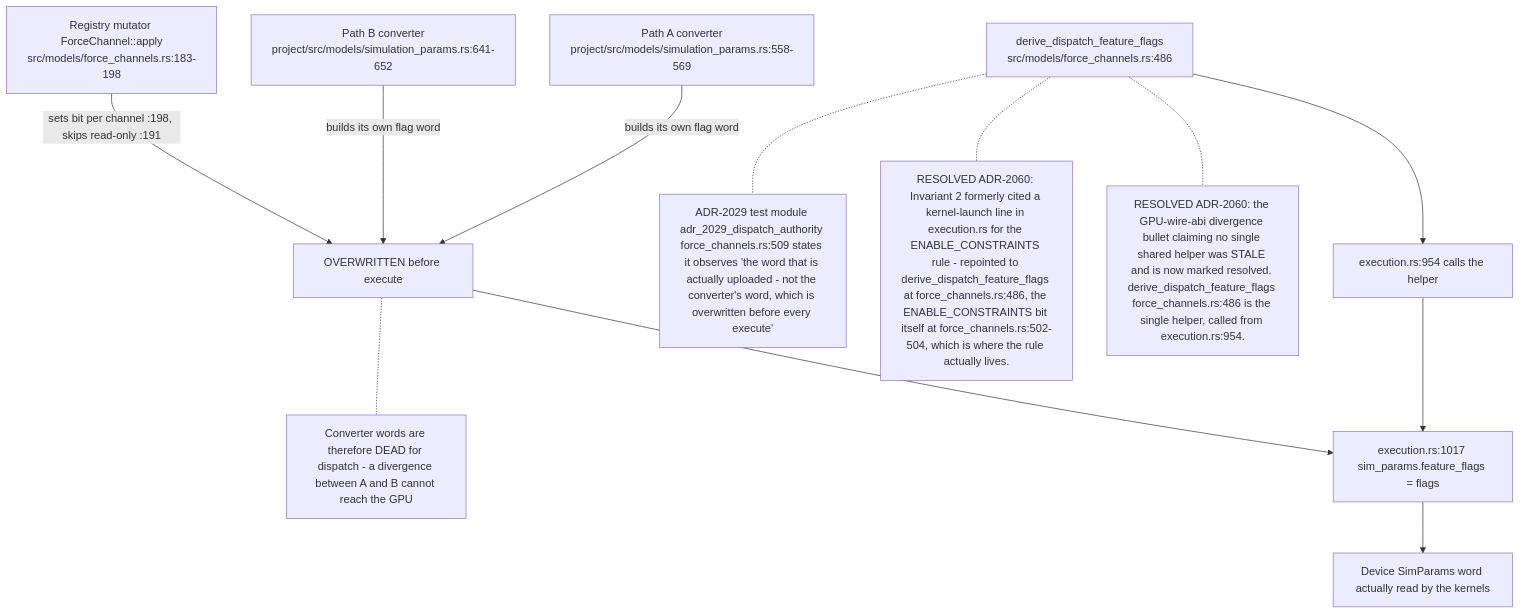
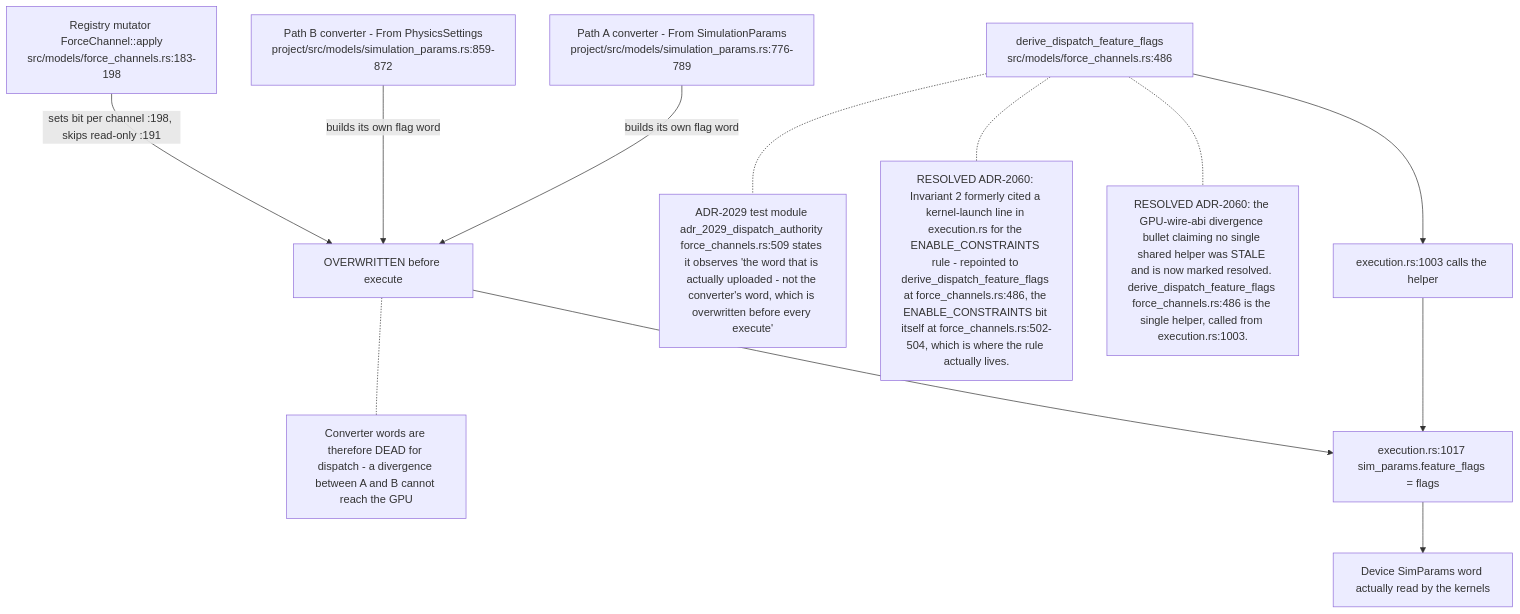
One commit to DreamLab-AI/VisionFlow changed the third of 8 diagrams in docs/diagrams/visionclaw/11-physics-step-and-force-channels.md. Above: the diagram before and after it, drawn with Mermaid. The commit also changed other lines of this file and 136 other files, not shown here.

First line of the commit message:
docs(diagrams): refresh the whole corpus to code HEAD and prune low-value diagrams

````diff
--- a/docs/diagrams/visionclaw/11-physics-step-and-force-channels.md
+++ b/docs/diagrams/visionclaw/11-physics-step-and-force-channels.md
@@ -101,25 +100,25 @@
 ```mermaid
 flowchart TD
-    A["Path A converter<br/>project/src/models/simulation_params.rs:558-569"]
-    B["Path B converter<br/>project/src/models/simulation_params.rs:641-652"]
+    A["Path A converter - From SimulationParams<br/>project/src/models/simulation_params.rs:776-789"]
+    B["Path B converter - From PhysicsSettings<br/>project/src/models/simulation_params.rs:859-872"]
     C["Registry mutator ForceChannel::apply<br/>src/models/force_channels.rs:183-198"]
     D["derive_dispatch_feature_flags<br/>src/models/force_channels.rs:486"]
-    E["execution.rs:954 calls the helper"]
+    E["execution.rs:1003 calls the helper"]
     F["execution.rs:1017 sim_params.feature_flags = flags"]
     G["Device SimParams word actually read by the kernels"]
 
     A -->|"builds its own flag word"| X["OVERWRITTEN before execute"]
     B -->|"builds its own flag word"| X
     C -->|"sets bit per channel :198, skips read-only :191"| X
     X --> F
     D --> E --> F --> G
 
-    N1["RESOLVED ADR-2060: the GPU-wire-abi divergence bullet claiming no single shared helper was STALE and is now marked resolved. derive_dispatch_feature_flags force_channels.rs:486 is the single helper, called from execution.rs:954."]
+    N1["RESOLVED ADR-2060: the GPU-wire-abi divergence bullet claiming no single shared helper was STALE and is now marked resolved. derive_dispatch_feature_flags force_channels.rs:486 is the single helper, called from execution.rs:1003."]
     N2["RESOLVED ADR-2060: Invariant 2 formerly cited a kernel-launch line in execution.rs for the ENABLE_CONSTRAINTS rule - repointed to derive_dispatch_feature_flags at force_channels.rs:486, the ENABLE_CONSTRAINTS bit itself at force_channels.rs:502-504, which is where the rule actually lives."]
     N3["ADR-2029 test module adr_2029_dispatch_authority force_channels.rs:509 states it observes 'the word that is actually uploaded - not the converter's word, which is overwritten before every execute'"]
     N4["Converter words are therefore DEAD for dispatch - a divergence between A and B cannot reach the GPU"]
     D -.- N1
     D -.- N2
     D -.- N3
     X -.- N4
 ```
````
